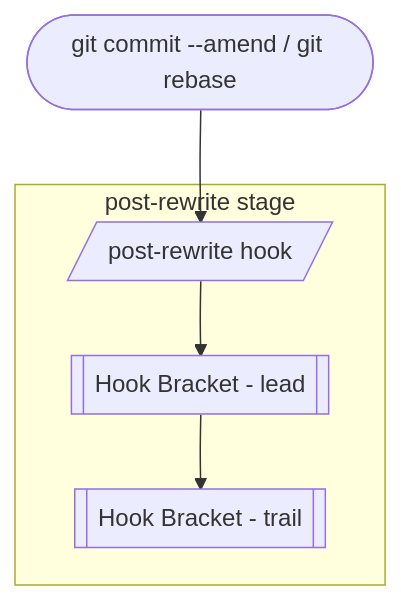
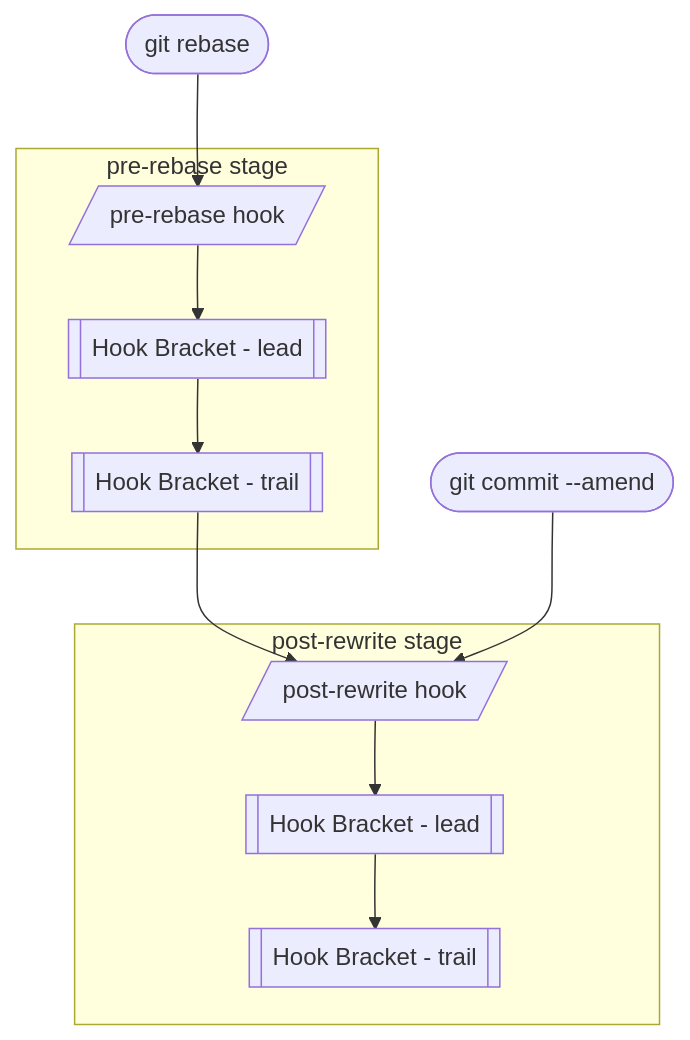
The second of 10 diagrams in docs/flow_doc.md (kami-lel/hupy), drawn with Mermaid before and after one commit. The commit also changed other lines of this file, not shown here.

First line of the commit message:
expand flow docs: add Rewrite/Patch/Standalone stages and new hooks

````diff
--- a/docs/flow_doc.md
+++ b/docs/flow_doc.md
@@ -64,12 +126,21 @@
 ```mermaid
 flowchart TD
-    rewrite([git commit --amend / git rebase])
+    amend([git commit --amend])
+    rebase([git rebase])
+
+    %% pre-rebase stage
+    subgraph prerebase [pre-rebase stage]
+        prb[/pre-rebase hook/] --> lead0[[Hook Bracket - lead]]
+        lead0 --> trail0[[Hook Bracket - trail]]
+    end
 
     %% post-rewrite stage
     subgraph postrewrite [post-rewrite stage]
         postrw[/post-rewrite hook/] --> lead3b[[Hook Bracket - lead]]
         lead3b --> trail3b[[Hook Bracket - trail]]
     end
 
-    rewrite --> postrw
+    rebase --> prb
+    trail0 --> postrw
+    amend --> postrw
 ```
````
